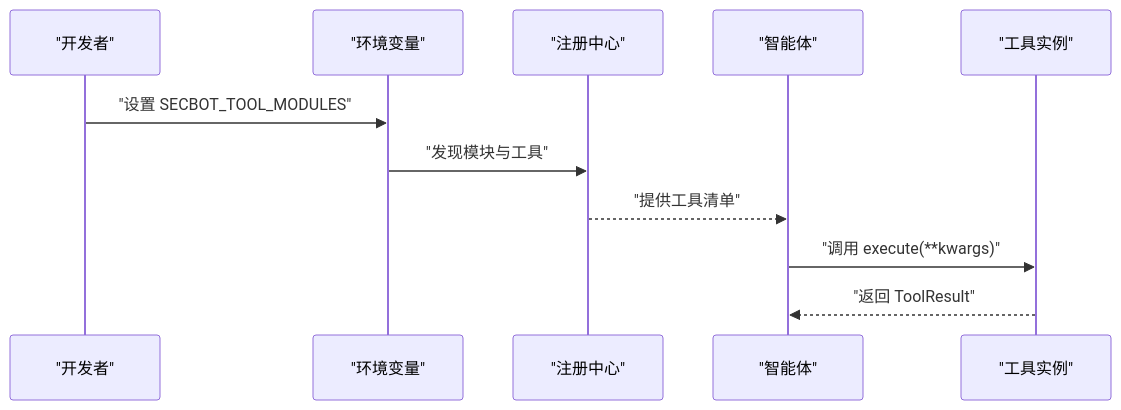
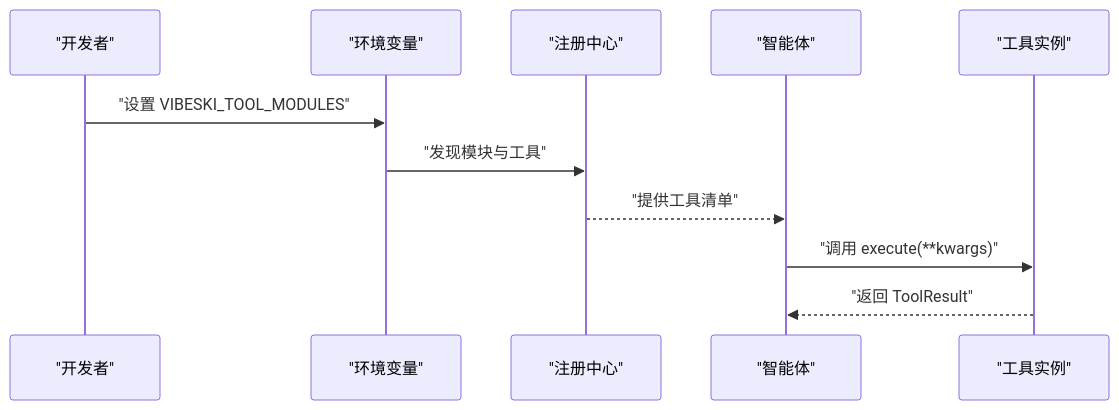
One commit to crabin/VIBESKI changed the seventh of 8 diagrams in .qoder/repowiki/zh/content/开发指南/开发指南.md. Above: the diagram before and after it, drawn with Mermaid. The commit also changed other lines of this file and 170 other files, not shown here.

Commit message:
chore: rename all secbot/hackbot identifiers to vibeski

````diff
--- a/.qoder/repowiki/zh/content/开发指南/开发指南.md
+++ b/.qoder/repowiki/zh/content/开发指南/开发指南.md
@@ -268,13 +268,13 @@
 ```mermaid
 sequenceDiagram
 participant Dev as "开发者"
 participant Env as "环境变量"
 participant Reg as "注册中心"
 participant Agent as "智能体"
 participant Tool as "工具实例"
-Dev->>Env : "设置 SECBOT_TOOL_MODULES"
+Dev->>Env : "设置 VIBESKI_TOOL_MODULES"
 Env->>Reg : "发现模块与工具"
 Reg-->>Agent : "提供工具清单"
 Agent->>Tool : "调用 execute(**kwargs)"
 Tool-->>Agent : "返回 ToolResult"
 ```
````
